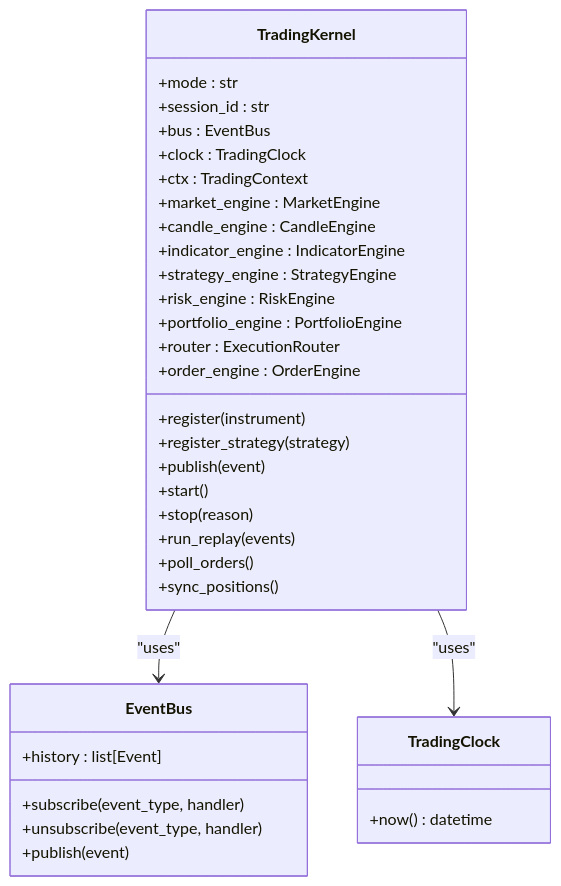
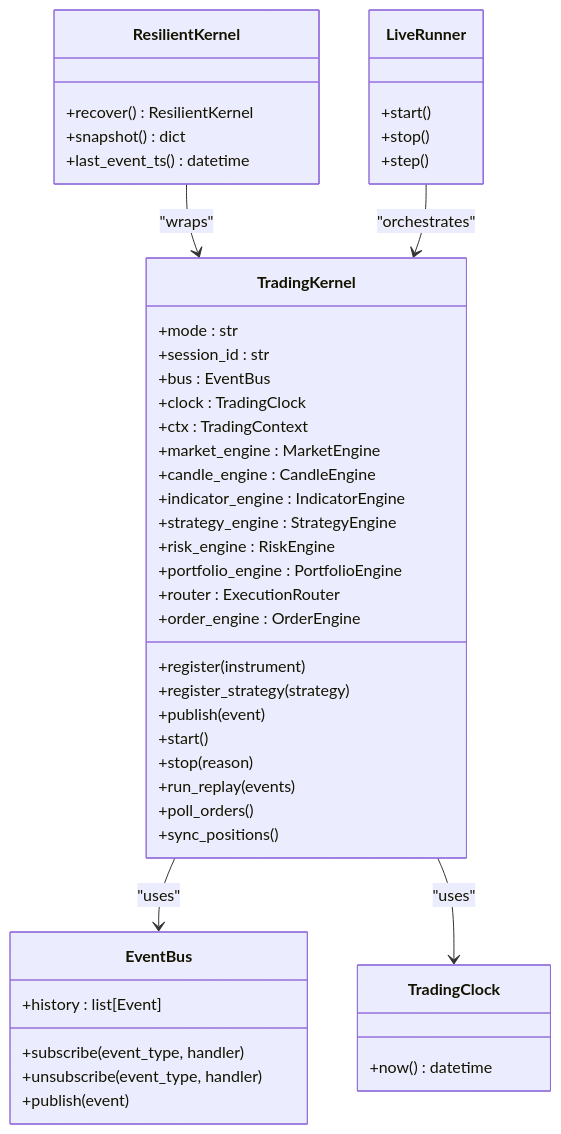
One commit to Ganesh-Kusundal/nTrade changed the third of 9 diagrams in .qoder/repowiki/en/content/Project Overview.md. Above: the diagram before and after it, drawn with Mermaid. The commit also changed other lines of this file and 2201 other files, not shown here.

Commit message:
Integrate completeness: live runner hardening, broker adapter layers, rate-limiting infrastructure, data pipeline (parquet OHLCV + ingestion scripts), contract testing framework, options analytics, and updated architecture/knowledge docs

````diff
--- a/.qoder/repowiki/en/content/Project Overview.md
+++ b/.qoder/repowiki/en/content/Project Overview.md
@@ -188,37 +232,49 @@
 ```mermaid
 classDiagram
 class TradingKernel {
 +mode : str
 +session_id : str
 +bus : EventBus
 +clock : TradingClock
 +ctx : TradingContext
 +market_engine : MarketEngine
 +candle_engine : CandleEngine
 +indicator_engine : IndicatorEngine
 +strategy_engine : StrategyEngine
 +risk_engine : RiskEngine
 +portfolio_engine : PortfolioEngine
 +router : ExecutionRouter
 +order_engine : OrderEngine
 +register(instrument)
 +register_strategy(strategy)
 +publish(event)
 +start()
 +stop(reason)
 +run_replay(events)
 +poll_orders()
 +sync_positions()
 }
+class ResilientKernel {
++recover() ResilientKernel
++snapshot() dict
++last_event_ts() datetime
+}
+class LiveRunner {
++start()
++stop()
++step()
+}
 class EventBus {
 +subscribe(event_type, handler)
 +unsubscribe(event_type, handler)
 +publish(event)
 +history : list[Event]
 }
 class TradingClock {
 +now() datetime
 }
 TradingKernel --> EventBus : "uses"
 TradingKernel --> TradingClock : "uses"
+ResilientKernel --> TradingKernel : "wraps"
+LiveRunner --> TradingKernel : "orchestrates"
 ```
````
